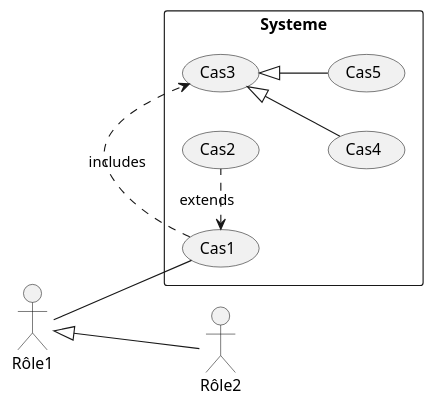
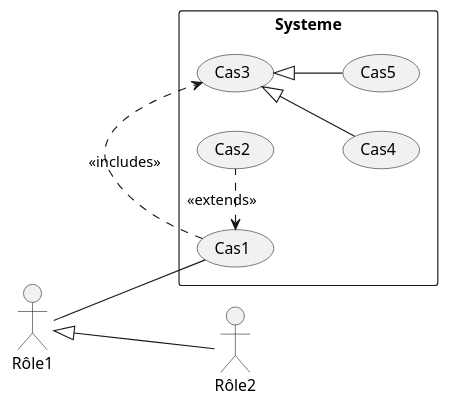
Before and after one commit to Sayoden/COO: the diagram in src/tp0/cas-utilisation.puml, drawn with PlantUML. The commit also changed 3 other files, not shown here.

```diff
--- a/src/tp0/cas-utilisation.puml
+++ b/src/tp0/cas-utilisation.puml
@@ -1,26 +1,26 @@
 @startuml
 'https://plantuml.com/use-case-diagram
 
 left to right direction
 actor Rôle1 as R1
 actor Rôle2 as R2
 
 R1 <|-- R2
 rectangle Systeme{
     left to right direction
     usecase "Cas1" as Cas1
     usecase "Cas2" as Cas2
     usecase "Cas3" as Cas3
 
     usecase "Cas4" as Cas4
     usecase "Cas5" as Cas5
 
     Cas3 <|-- Cas4
     Cas3 <|-- Cas5
 }
 
 R1 -- Cas1
-(Cas1) .> (Cas3) : includes
-(Cas1) <. (Cas2) : extends
+(Cas1) .> (Cas3) : <<includes>>
+(Cas1) <. (Cas2) : <<extends>>
 
 @enduml
```
